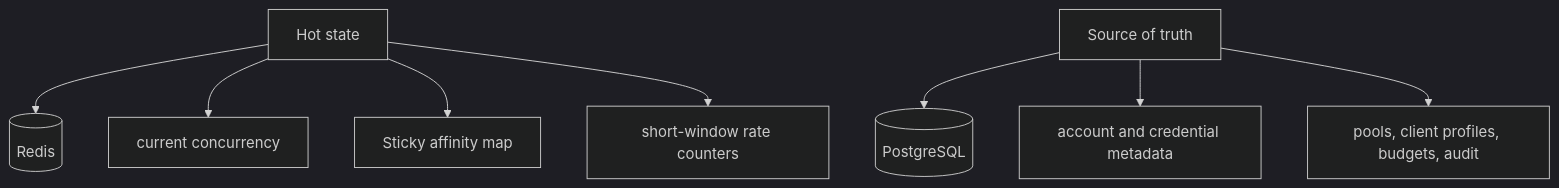
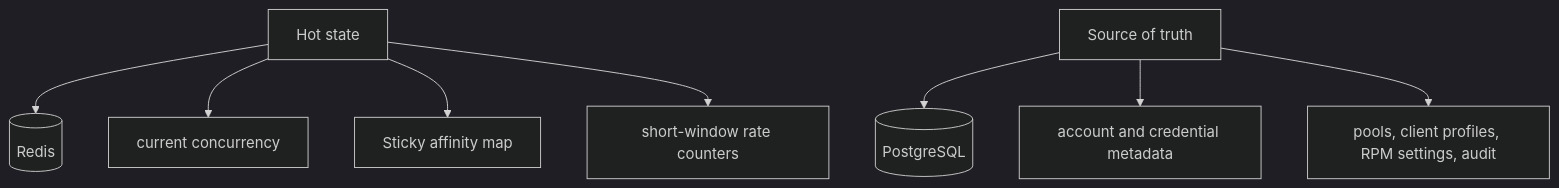
One commit to pczhao1210/ghcp-pool-proxy changed the fourth of 4 diagrams in docs/architecture.en.md. Above: the diagram before and after it, drawn with Mermaid (dark theme). The commit also changed other lines of this file and 34 other files, not shown here.

First line of the commit message:
Publish runtime release 2026.09.12.1 (schema 21)

````diff
--- a/docs/architecture.en.md
+++ b/docs/architecture.en.md
@@ -177,10 +157,10 @@
 ```mermaid
 flowchart TD
   Hot["Hot state"] --> Redis[(Redis)]
   Cold["Source of truth"] --> Postgres[(PostgreSQL)]
   Hot --> Concurrency["current concurrency"]
   Hot --> Affinity["Sticky affinity map"]
   Hot --> RateLimit["short-window rate counters"]
   Cold --> Accounts["account and credential metadata"]
-  Cold --> Policies["pools, client profiles, budgets, audit"]
+  Cold --> Policies["pools, client profiles, RPM settings, audit"]
 ```
````
